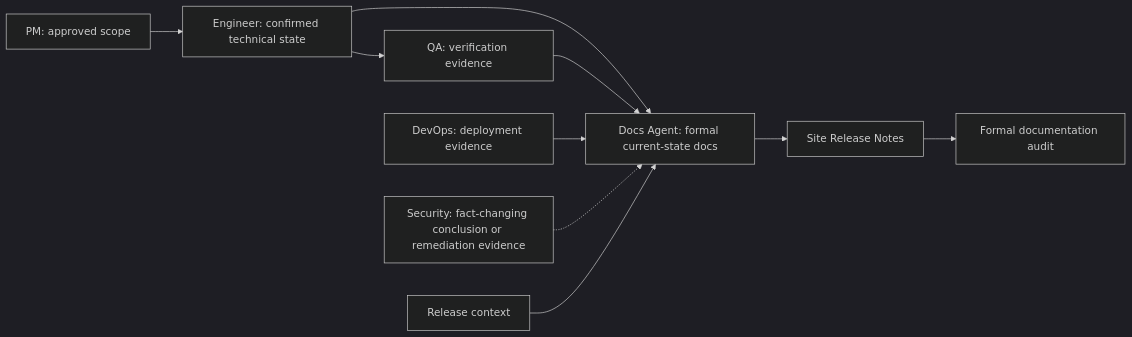
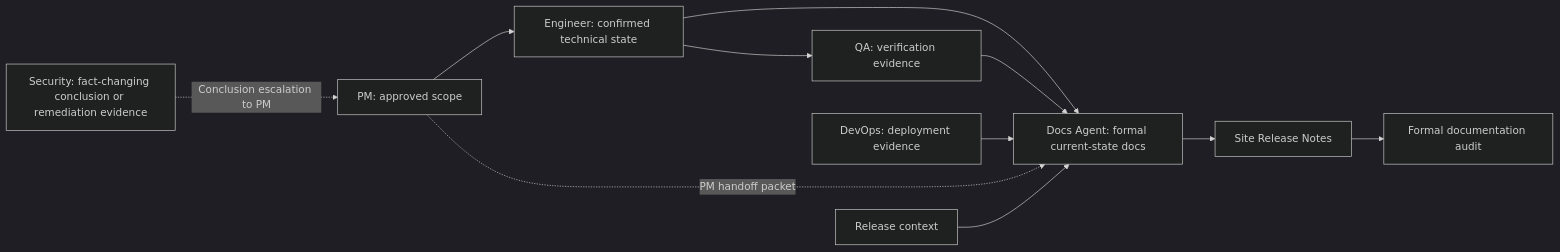
Before and after one commit to Neplich/dev-agent-skills: the diagram in agents/docs/README.md, drawn with Mermaid (dark theme). The commit also changed other lines of this file and 51 other files, not shown here.

````diff
--- a/agents/docs/README.md
+++ b/agents/docs/README.md
@@ -71,12 +71,13 @@
 ```mermaid
 flowchart LR
     PM["PM: approved scope"] --> Engineer["Engineer: confirmed technical state"]
     Engineer --> QA["QA: verification evidence"]
     Engineer --> Docs["Docs Agent: formal current-state docs"]
     QA --> Docs
     DevOps["DevOps: deployment evidence"] --> Docs
-    Security["Security: fact-changing conclusion or remediation evidence"] -.-> Docs
+    Security["Security: fact-changing conclusion or remediation evidence"] -. "Conclusion escalation to PM" .-> PM
+    PM -. "PM handoff packet" .-> Docs
     Release["Release context"] --> Docs
     Docs --> Notes["Site Release Notes"]
     Notes --> Audit["Formal documentation audit"]
 ```
````
